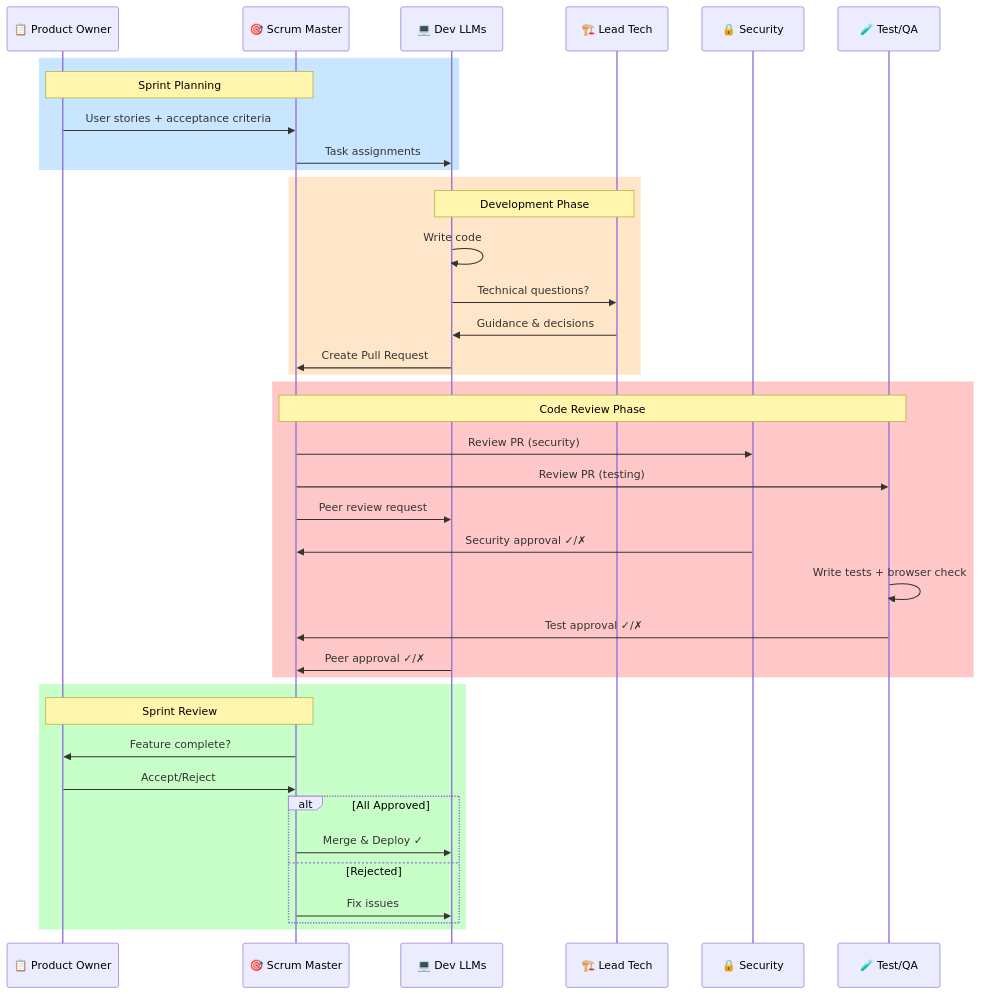
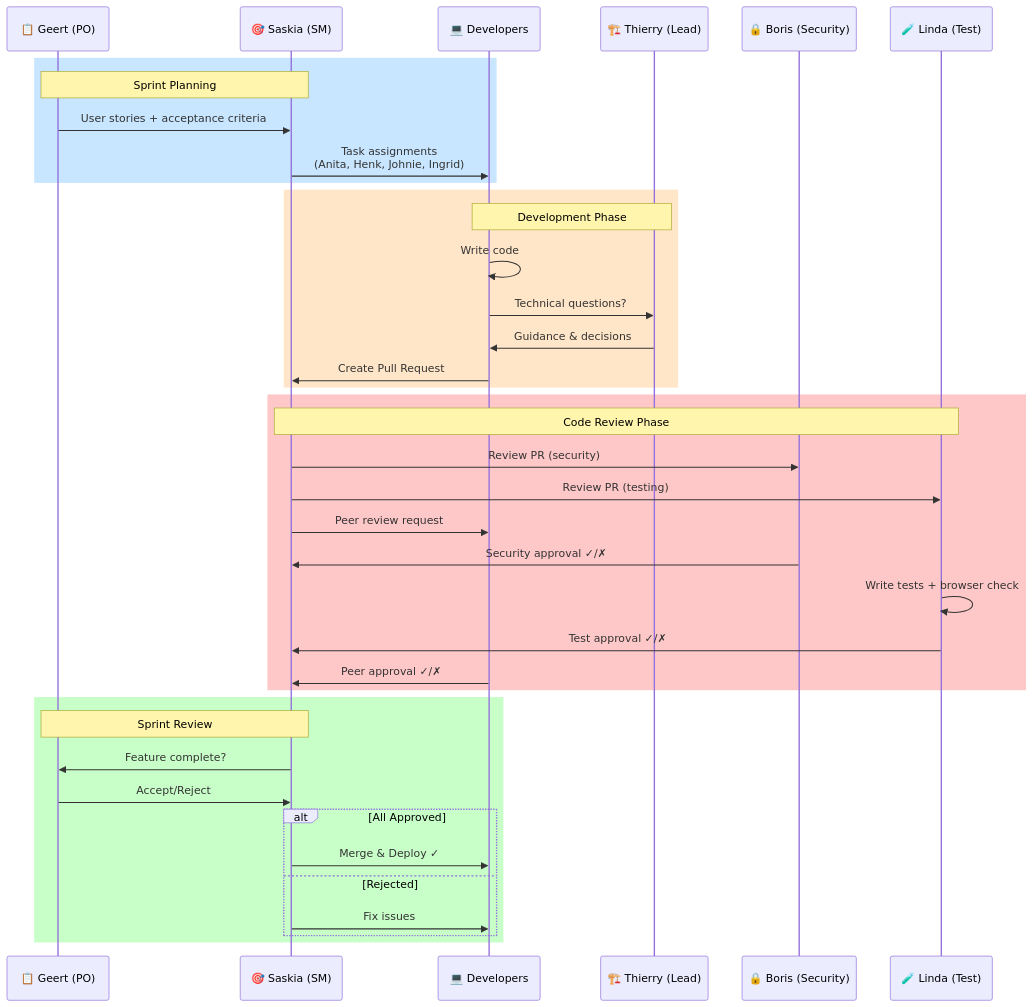
The second of 10 diagrams in blog/personal/2025-01-26-lokale-ai-dev-omgeving.md (rubenvdlinde/rubenlinde), drawn with Mermaid before and after one commit. The commit also changed other lines of this file, not shown here.

Commit message:
Add Dutch names to Council of LLMs agents for better recognition

````diff
--- a/blog/personal/2025-01-26-lokale-ai-dev-omgeving.md
+++ b/blog/personal/2025-01-26-lokale-ai-dev-omgeving.md
@@ -188,46 +188,46 @@
 ```mermaid
 sequenceDiagram
-    participant PO as 📋 Product Owner
-    participant SM as 🎯 Scrum Master
-    participant Dev as 💻 Dev LLMs
-    participant Lead as 🏗️ Lead Tech
-    participant Sec as 🔒 Security
-    participant Test as 🧪 Test/QA
+    participant Geert as 📋 Geert (PO)
+    participant Saskia as 🎯 Saskia (SM)
+    participant Devs as 💻 Developers
+    participant Thierry as 🏗️ Thierry (Lead)
+    participant Boris as 🔒 Boris (Security)
+    participant Linda as 🧪 Linda (Test)
 
     rect rgb(200, 230, 255)
-        Note over PO,SM: Sprint Planning
-        PO->>SM: User stories + acceptance criteria
-        SM->>Dev: Task assignments
+        Note over Geert,Saskia: Sprint Planning
+        Geert->>Saskia: User stories + acceptance criteria
+        Saskia->>Devs: Task assignments<br/>(Anita, Henk, Johnie, Ingrid)
     end
 
     rect rgb(255, 230, 200)
-        Note over Dev,Lead: Development Phase
-        Dev->>Dev: Write code
-        Dev->>Lead: Technical questions?
-        Lead->>Dev: Guidance & decisions
-        Dev->>SM: Create Pull Request
+        Note over Devs,Thierry: Development Phase
+        Devs->>Devs: Write code
+        Devs->>Thierry: Technical questions?
+        Thierry->>Devs: Guidance & decisions
+        Devs->>Saskia: Create Pull Request
     end
 
     rect rgb(255, 200, 200)
-        Note over SM,Test: Code Review Phase
-        SM->>Sec: Review PR (security)
-        SM->>Test: Review PR (testing)
-        SM->>Dev: Peer review request
+        Note over Saskia,Linda: Code Review Phase
+        Saskia->>Boris: Review PR (security)
+        Saskia->>Linda: Review PR (testing)
+        Saskia->>Devs: Peer review request
 
-        Sec->>SM: Security approval ✓/✗
-        Test->>Test: Write tests + browser check
-        Test->>SM: Test approval ✓/✗
-        Dev->>SM: Peer approval ✓/✗
+        Boris->>Saskia: Security approval ✓/✗
+        Linda->>Linda: Write tests + browser check
+        Linda->>Saskia: Test approval ✓/✗
+        Devs->>Saskia: Peer approval ✓/✗
     end
 
     rect rgb(200, 255, 200)
-        Note over SM,PO: Sprint Review
-        SM->>PO: Feature complete?
-        PO->>SM: Accept/Reject
+        Note over Saskia,Geert: Sprint Review
+        Saskia->>Geert: Feature complete?
+        Geert->>Saskia: Accept/Reject
         alt All Approved
-            SM->>Dev: Merge & Deploy ✓
+            Saskia->>Devs: Merge & Deploy ✓
         else Rejected
-            SM->>Dev: Fix issues
+            Saskia->>Devs: Fix issues
         end
     end
 ```
````
